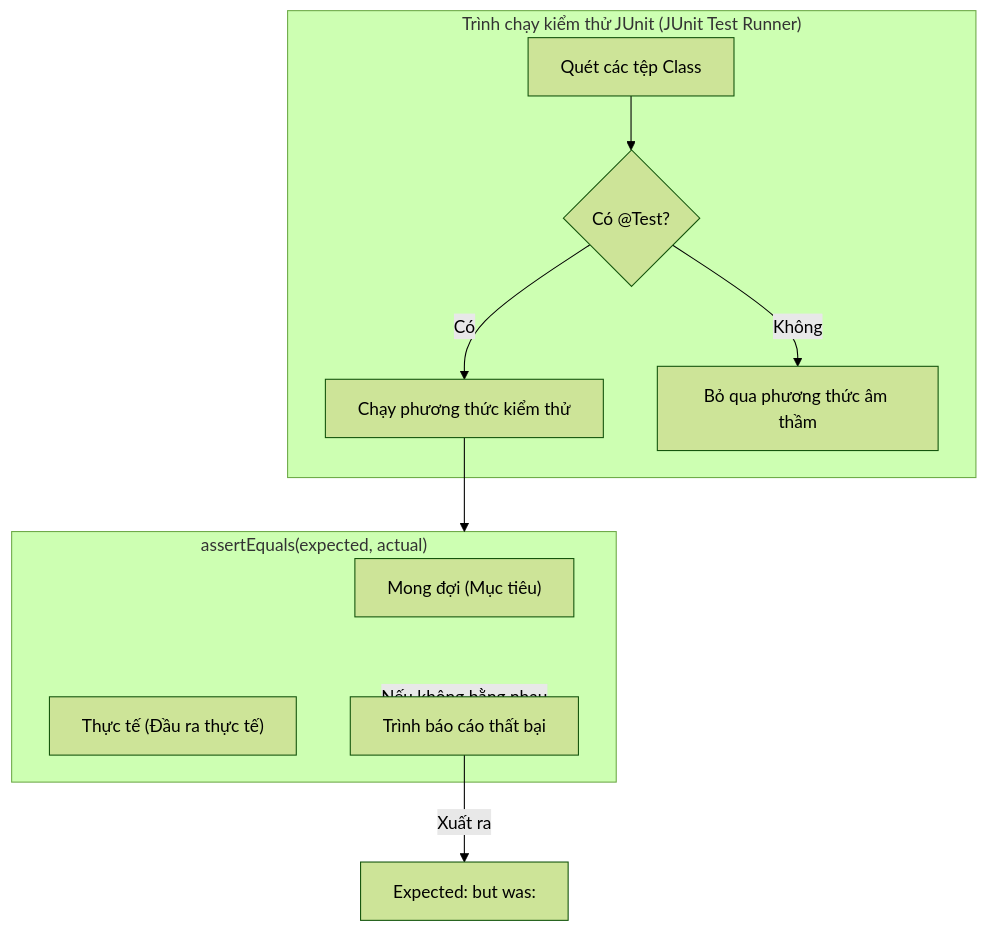
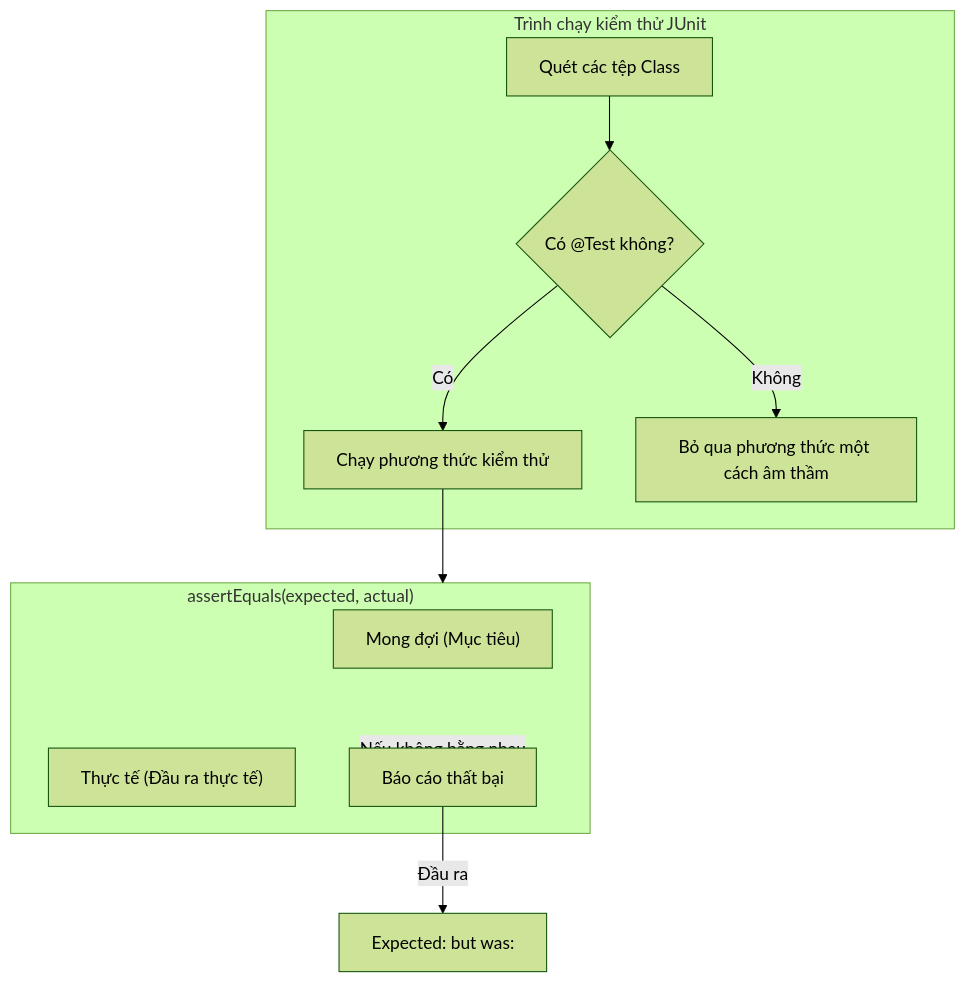
The second of 2 diagrams in vi/38-build-compile-run/theory/02-standard-project-structure-concepts.md (PhuThien2005/theoretical-of-java-core), drawn with Mermaid (forest theme) before and after one commit. The commit also changed other lines of this file and 229 other files, not shown here.

````diff
--- a/vi/38-build-compile-run/theory/02-standard-project-structure-concepts.md
+++ b/vi/38-build-compile-run/theory/02-standard-project-structure-concepts.md
@@ -143,21 +135,21 @@
 ```mermaid
 flowchart TD
-    subgraph TestRunner ["Trình chạy kiểm thử JUnit (JUnit Test Runner)"]
+    subgraph TestRunner ["Trình chạy kiểm thử JUnit"]
         Scan["Quét các tệp Class"]
-        CheckAnnot{"Có @Test?"}
+        CheckAnnot{"Có @Test không?"}
         Execute["Chạy phương thức kiểm thử"]
-        Skip["Bỏ qua phương thức âm thầm"]
+        Skip["Bỏ qua phương thức một cách âm thầm"]
     end
     Scan --> CheckAnnot
     CheckAnnot -->|Có| Execute
     CheckAnnot -->|Không| Skip
     
     subgraph Assertion ["assertEquals(expected, actual)"]
         Expected["Mong đợi (Mục tiêu)"]
         Actual["Thực tế (Đầu ra thực tế)"]
-        Reporter["Trình báo cáo thất bại"]
+        Reporter["Báo cáo thất bại"]
     end
     Execute --> Assertion
     Assertion -->|Nếu không bằng nhau| Reporter
-    Reporter -->|Xuất ra| Format["Expected: <expected> but was: <actual>"]
+    Reporter -->|Đầu ra| Format["Expected: <expected> but was: <actual>"]
 ```
````
